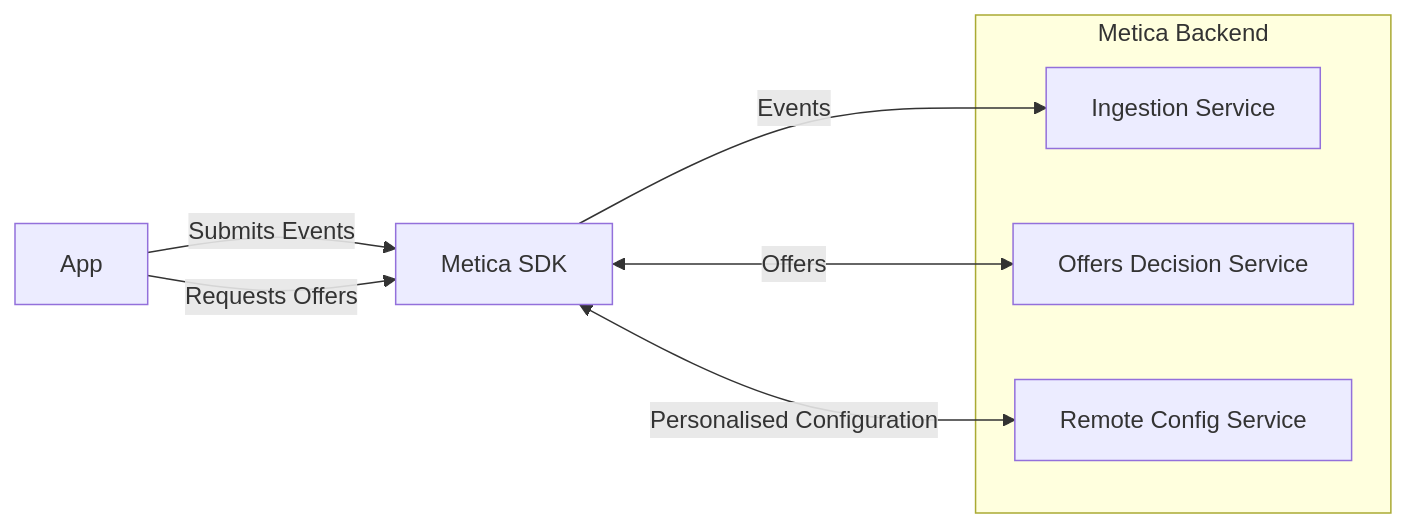
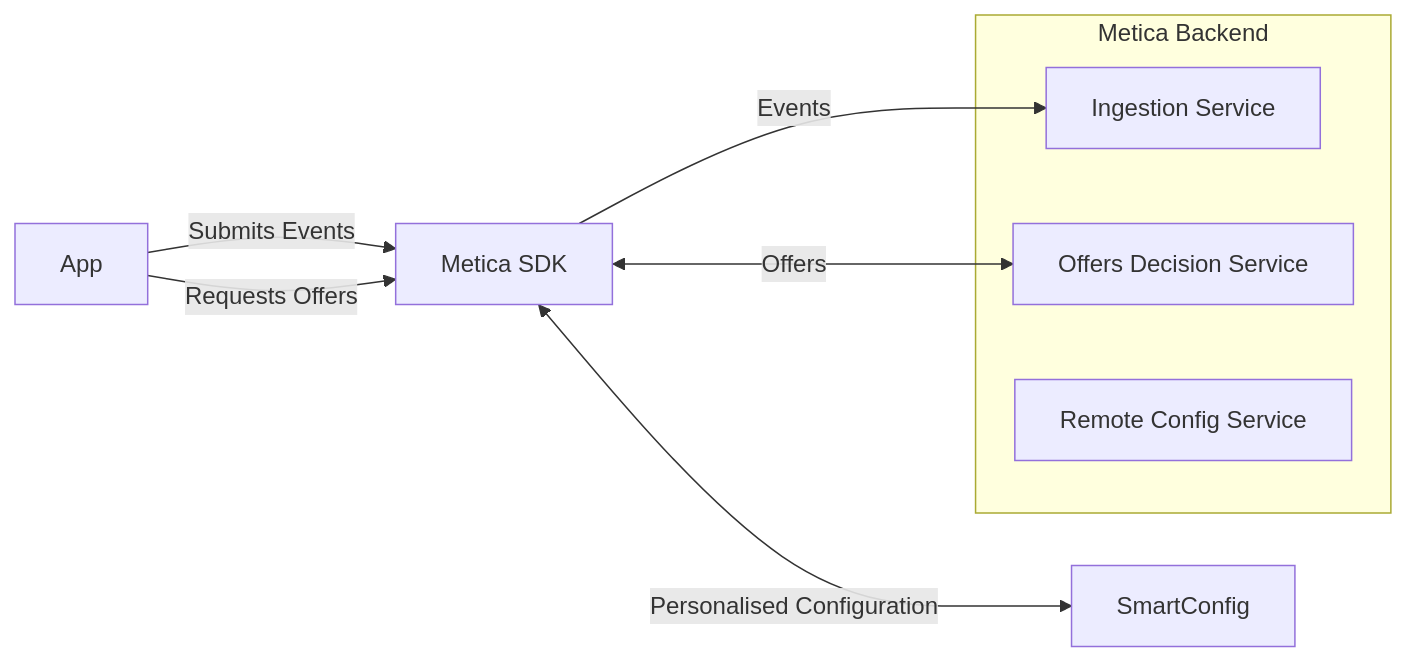
One commit to meticalabs/metica-unity-sdk changed the diagram in README.md. Above: the diagram before and after it, drawn with Mermaid. The commit also changed other lines of this file, not shown here.

````diff
--- a/README.md
+++ b/README.md
@@ -17,12 +18,12 @@
 ```mermaid
 graph LR
     App -- Submits Events --> SDK[Metica SDK] -- Events --> Ingestion
     App -- Requests Offers --> SDK
     SDK <-- Offers --> ODS
-    SDK <-- Personalised Configuration --> RemoteConfig
+    SDK <-- Personalised Configuration --> SmartConfig
     subgraph Metica Backend
         Ingestion[Ingestion Service]
         ODS[Offers Decision Service]
         RemoteConfig[Remote Config Service]
     end
 ```
````
